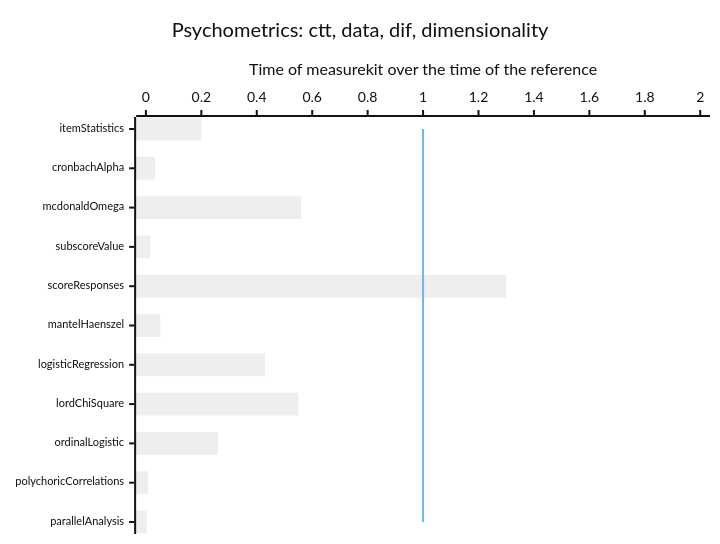
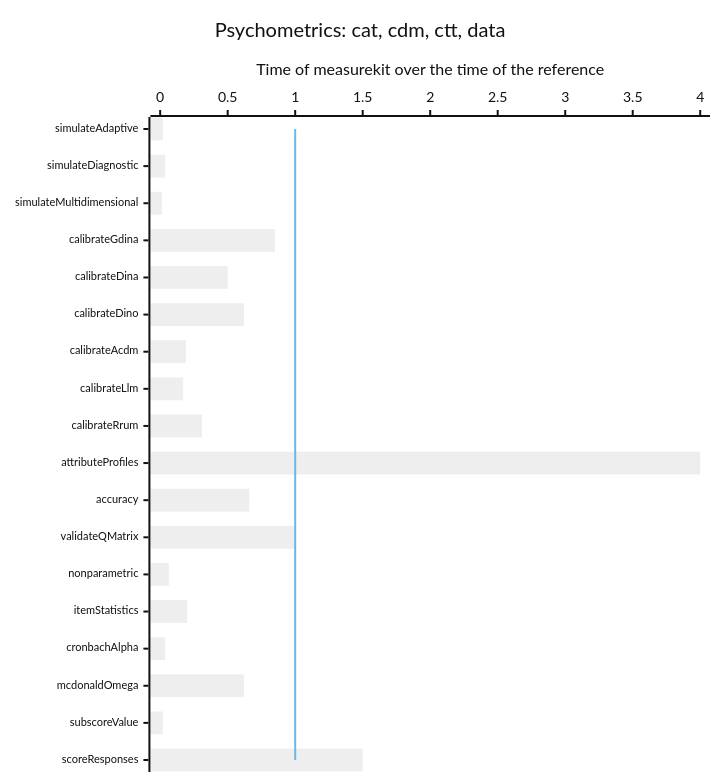
The third of 11 diagrams in docs/performance.md (measurekit/measurekit), drawn with Mermaid (neutral theme) before and after one commit. The commit also changed other lines of this file and 1 other file, not shown here.

First line of the commit message:
Refresh the benchmark tables and charts, and tighten the budgets of the rows that the EM changes sped up

````diff
--- a/docs/performance.md
+++ b/docs/performance.md
@@ -33,9 +33,9 @@
 ```mermaid
-%%{init: {"xyChart": {"height": 524, "xAxis": {"labelFontSize": 11}}}}%%
+%%{init: {"xyChart": {"height": 762, "xAxis": {"labelFontSize": 11}}}}%%
 xychart-beta horizontal
-  title "Psychometrics: ctt, data, dif, dimensionality"
-  x-axis ["itemStatistics", "cronbachAlpha", "mcdonaldOmega", "subscoreValue", "scoreResponses", "mantelHaenszel", "logisticRegression", "lordChiSquare", "ordinalLogistic", "polychoricCorrelations", "parallelAnalysis"]
-  y-axis "Time of measurekit over the time of the reference" 0 --> 2
-  bar [0.2, 0.033, 0.56, 0.016, 1.3, 0.052, 0.43, 0.55, 0.26, 0.0071, 0.0033]
-  line [1, 1, 1, 1, 1, 1, 1, 1, 1, 1, 1]
+  title "Psychometrics: cat, cdm, ctt, data"
+  x-axis ["simulateAdaptive", "simulateDiagnostic", "simulateMultidimensional", "calibrateGdina", "calibrateDina", "calibrateDino", "calibrateAcdm", "calibrateLlm", "calibrateRrum", "attributeProfiles", "accuracy", "validateQMatrix", "nonparametric", "itemStatistics", "cronbachAlpha", "mcdonaldOmega", "subscoreValue", "scoreResponses"]
+  y-axis "Time of measurekit over the time of the reference" 0 --> 4
+  bar [0.021, 0.037, 0.013, 0.85, 0.5, 0.62, 0.19, 0.17, 0.31, 4, 0.66, 1, 0.064, 0.2, 0.037, 0.62, 0.02, 1.5]
+  line [1, 1, 1, 1, 1, 1, 1, 1, 1, 1, 1, 1, 1, 1, 1, 1, 1, 1]
 ```
````
